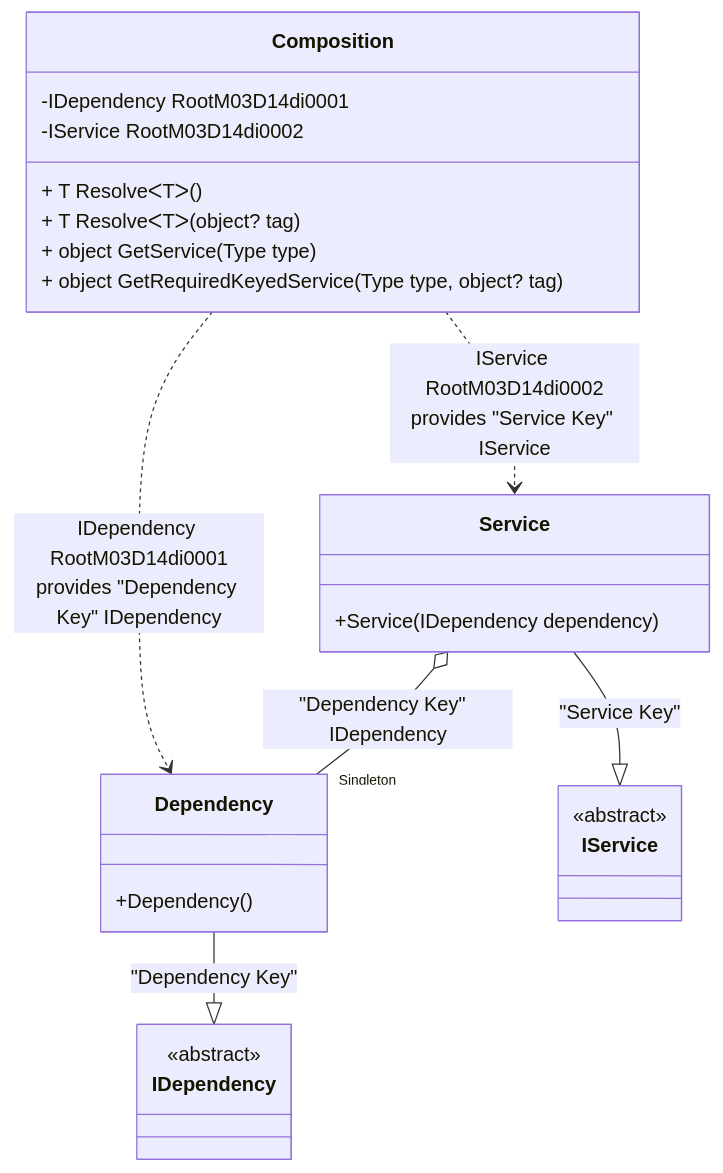
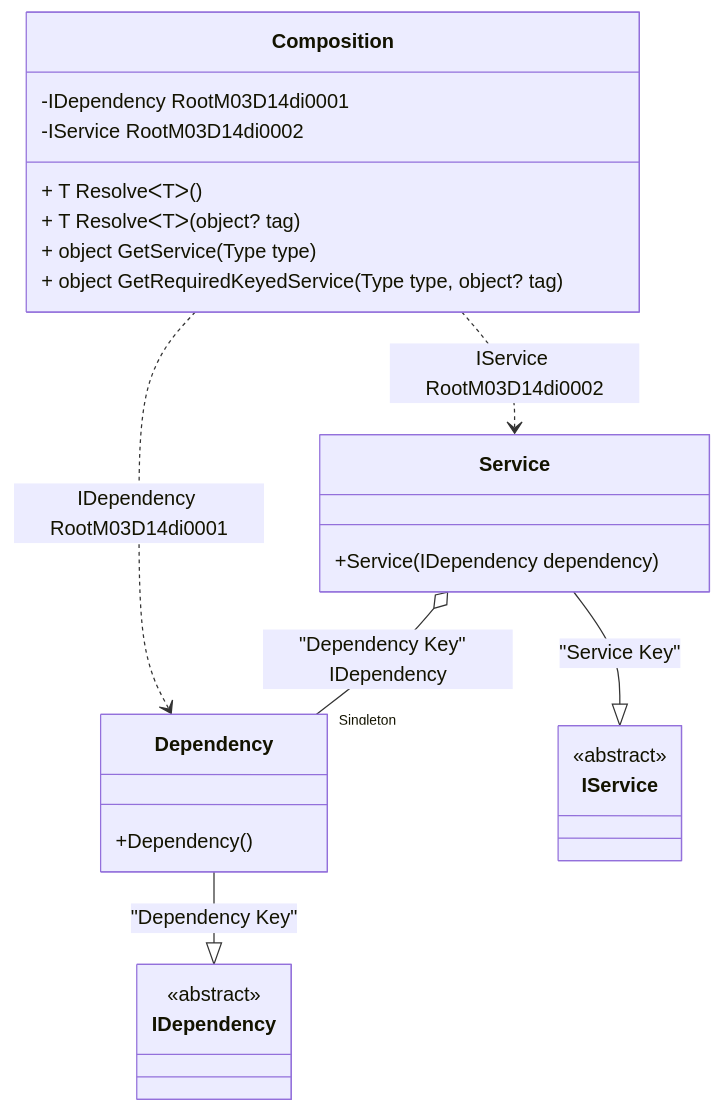
One commit to DevTeam/Pure.DI changed the diagram in readme/keyed-service-provider.md. Above: the diagram before and after it, drawn with Mermaid. The commit also changed other lines of this file and 74 other files, not shown here.

````diff
--- a/readme/keyed-service-provider.md
+++ b/readme/keyed-service-provider.md
@@ -50,28 +50,28 @@
 ```mermaid
 classDiagram
   class Composition {
     -IDependency RootM03D14di0001
     -IService RootM03D14di0002
     + T ResolveᐸTᐳ()
     + T ResolveᐸTᐳ(object? tag)
     + object GetService(Type type)
     + object GetRequiredKeyedService(Type type, object? tag)
   }
   Dependency --|> IDependency : "Dependency Key" 
   class Dependency {
     +Dependency()
   }
   Service --|> IService : "Service Key" 
   class Service {
     +Service(IDependency dependency)
   }
   class IDependency {
     <<abstract>>
   }
   class IService {
     <<abstract>>
   }
   Service o--  "Singleton" Dependency : "Dependency Key"  IDependency
-  Composition ..> Dependency : IDependency RootM03D14di0001<br/>provides "Dependency Key" IDependency
-  Composition ..> Service : IService RootM03D14di0002<br/>provides "Service Key" IService
+  Composition ..> Dependency : IDependency RootM03D14di0001
+  Composition ..> Service : IService RootM03D14di0002
 ```
````
